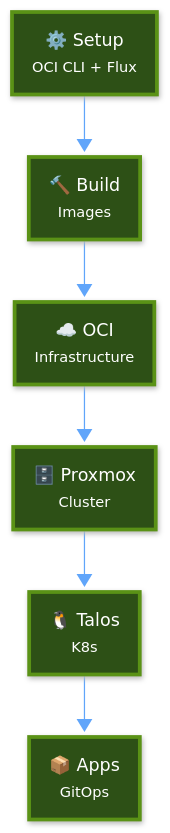
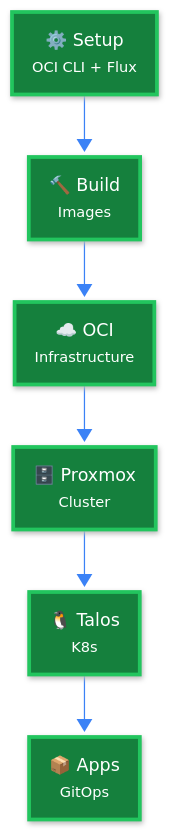
The first of 18 diagrams in docs/ARCHITECTURE-DIAGRAMS.md (syscode-labs/oci-free-tier-manager), drawn with Mermaid before and after one commit. The commit also changed other lines of this file and 1 other file, not shown here.

First line of the commit message:
fix: complete diagram color overhaul for light/dark theme compatibility

````diff
--- a/docs/ARCHITECTURE-DIAGRAMS.md
+++ b/docs/ARCHITECTURE-DIAGRAMS.md
@@ -50,50 +50,50 @@
 ```mermaid
 ---
 config:
   look: neo
   theme: base
   themeVariables:
-    primaryColor: "#2dd4bf"
-    primaryTextColor: "#1e293b"
-    primaryBorderColor: "#14b8a6"
-    secondaryColor: "#a855f7"
-    tertiaryColor: "#f59e0b"
+    primaryColor: "#0891b2"
+    primaryTextColor: "#ffffff"
+    primaryBorderColor: "#06b6d4"
+    secondaryColor: "#7c3aed"
+    tertiaryColor: "#d97706"
     background: "transparent"
     mainBkg: "transparent"
-    secondBkg: "#f1f5f9"
-    lineColor: "#60a5fa"
-    border1: "#60a5fa"
-    border2: "#60a5fa"
-    arrowheadColor: "#60a5fa"
+    secondBkg: "transparent"
+    lineColor: "#3b82f6"
+    border1: "#3b82f6"
+    border2: "#3b82f6"
+    arrowheadColor: "#3b82f6"
     fontFamily: "arial"
     fontSize: "14px"
     labelBackground: "transparent"
-    textColor: "#64748b"
-    nodeBorder: "#60a5fa"
-    clusterBkg: "#f8fafc"
-    clusterBorder: "#60a5fa"
+    textColor: "#94a3b8"
+    nodeBorder: "#3b82f6"
+    clusterBkg: "transparent"
+    clusterBorder: "#3b82f6"
     edgeLabelBackground: "transparent"
-    actorBorder: "#60a5fa"
-    actorBkg: "#e0f2fe"
-    actorTextColor: "#1e293b"
-    actorLineColor: "#60a5fa"
-    signalColor: "#60a5fa"
-    signalTextColor: "#1e293b"
-    labelBoxBkgColor: "#e0f2fe"
-    labelBoxBorderColor: "#60a5fa"
-    labelTextColor: "#1e293b"
+    actorBorder: "#3b82f6"
+    actorBkg: "#0891b2"
+    actorTextColor: "#ffffff"
+    actorLineColor: "#3b82f6"
+    signalColor: "#3b82f6"
+    signalTextColor: "#ffffff"
+    labelBoxBkgColor: "#0891b2"
+    labelBoxBorderColor: "#3b82f6"
+    labelTextColor: "#ffffff"
   flowchart:
     useMaxWidth: true
     htmlLabels: true
     curve: basis
 ---
 flowchart TB
     Setup["⚙️ Setup<br/><small>OCI CLI + Flux</small>"] --> Build["🔨 Build<br/><small>Images</small>"]
     Build --> OCI["☁️ OCI<br/><small>Infrastructure</small>"]
     OCI --> Proxmox["🗄️ Proxmox<br/><small>Cluster</small>"]
     Proxmox --> Talos["🐧 Talos<br/><small>K8s</small>"]
     Talos --> Apps["📦 Apps<br/><small>GitOps</small>"]
     
-    classDef phaseNode fill:#2d5016,stroke:#5a9216,stroke-width:3px,color:#fff,font-size:14px
+    classDef phaseNode fill:#15803d,stroke:#22c55e,stroke-width:3px,color:#fff,font-size:14px
     class Setup,Build,OCI,Proxmox,Talos,Apps phaseNode
 ```
````
